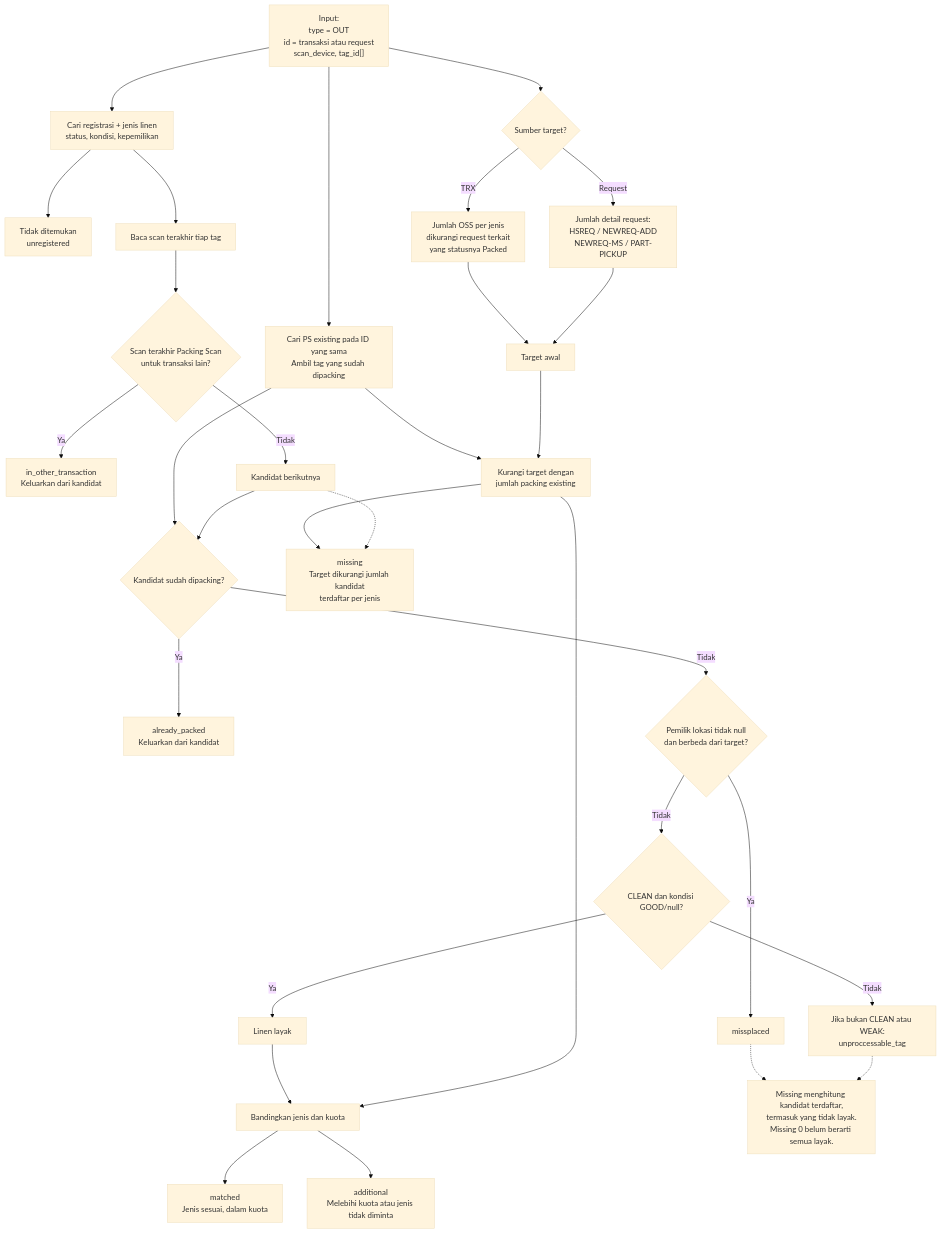
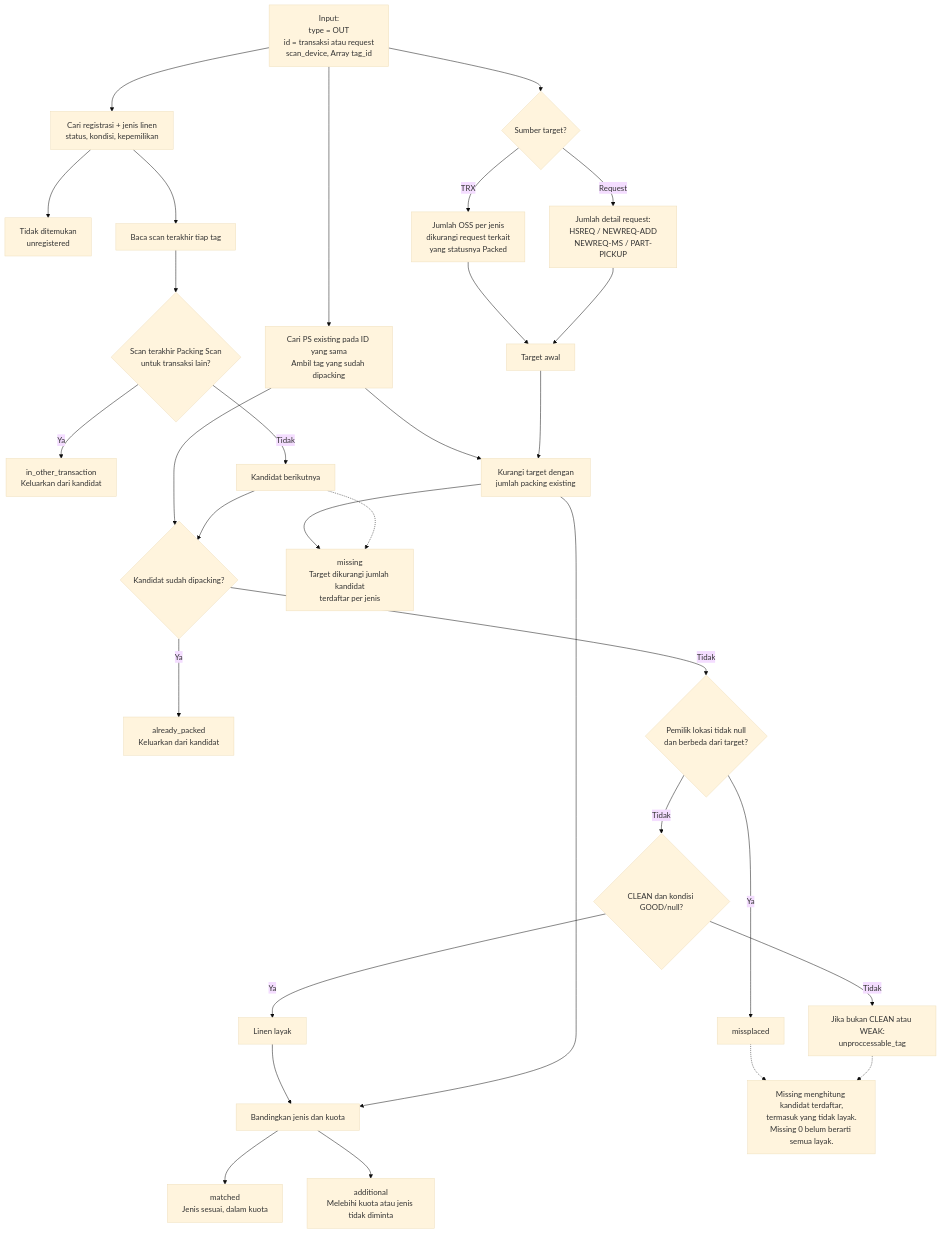
Before and after one commit to bagaskrmn/bac-flow-laundry: the first of 2 diagrams in laundry-activities/packing-scan.md, drawn with Mermaid (base theme). The commit also changed other lines of this file and 2 other files, not shown here.

Commit message:
ps, dpc, ic

````diff
--- a/laundry-activities/packing-scan.md
+++ b/laundry-activities/packing-scan.md
@@ -3,39 +3,39 @@
 ```mermaid
 flowchart TD
-    IN["Input:<br/>type = OUT<br/>id = transaksi atau request<br/>scan_device, tag_id[]"]
+    N_IN["Input:<br/>type = OUT<br/>id = transaksi atau request<br/>scan_device, Array tag_id"]
 
-    IN --> MASTER["Cari registrasi + jenis linen<br/>status, kondisi, kepemilikan"]
-    MASTER --> UNREG["Tidak ditemukan<br/>unregistered"]
-    MASTER --> LAST["Baca scan terakhir tiap tag"]
-    LAST --> OTHER{"Scan terakhir Packing Scan<br/>untuk transaksi lain?"}
-    OTHER -->|Ya| O["in_other_transaction<br/>Keluarkan dari kandidat"]
-    OTHER -->|Tidak| CAND["Kandidat berikutnya"]
+    N_IN --> N_MASTER["Cari registrasi + jenis linen<br/>status, kondisi, kepemilikan"]
+    N_MASTER --> N_UNREG["Tidak ditemukan<br/>unregistered"]
+    N_MASTER --> N_LAST["Baca scan terakhir tiap tag"]
+    N_LAST --> N_OTHER{"Scan terakhir Packing Scan<br/>untuk transaksi lain?"}
+    N_OTHER -->|Ya| N_O["in_other_transaction<br/>Keluarkan dari kandidat"]
+    N_OTHER -->|Tidak| N_CAND["Kandidat berikutnya"]
 
-    IN --> SOURCE{"Sumber target?"}
-    SOURCE -->|TRX| OSS["Jumlah OSS per jenis<br/>dikurangi request terkait<br/>yang statusnya Packed"]
-    SOURCE -->|Request| REQ["Jumlah detail request:<br/>HSREQ / NEWREQ-ADD<br/>NEWREQ-MS / PART-PICKUP"]
-    OSS --> TARGET["Target awal"]
-    REQ --> TARGET
+    N_IN --> N_SOURCE{"Sumber target?"}
+    N_SOURCE -->|TRX| N_OSS["Jumlah OSS per jenis<br/>dikurangi request terkait<br/>yang statusnya Packed"]
+    N_SOURCE -->|Request| N_REQ["Jumlah detail request:<br/>HSREQ / NEWREQ-ADD<br/>NEWREQ-MS / PART-PICKUP"]
+    N_OSS --> N_TARGET["Target awal"]
+    N_REQ --> N_TARGET
 
-    IN --> EXIST["Cari PS existing pada ID yang sama<br/>Ambil tag yang sudah dipacking"]
-    EXIST --> REDUCE["Kurangi target dengan<br/>jumlah packing existing"]
-    TARGET --> REDUCE
-    EXIST --> WAS{"Kandidat sudah dipacking?"}
-    CAND --> WAS
-    WAS -->|Ya| PACKED["already_packed<br/>Keluarkan dari kandidat"]
-    WAS -->|Tidak| OWNER{"Pemilik lokasi tidak null<br/>dan berbeda dari target?"}
-    OWNER -->|Ya| MISPLACE["missplaced"]
-    OWNER -->|Tidak| CLEAN{"CLEAN dan kondisi GOOD/null?"}
-    CLEAN -->|Ya| ELIGIBLE["Linen layak"]
-    CLEAN -->|Tidak| BAD["Jika bukan CLEAN atau WEAK:<br/>unproccessable_tag"]
+    N_IN --> N_EXIST["Cari PS existing pada ID yang sama<br/>Ambil tag yang sudah dipacking"]
+    N_EXIST --> N_REDUCE["Kurangi target dengan<br/>jumlah packing existing"]
+    N_TARGET --> N_REDUCE
+    N_EXIST --> N_WAS{"Kandidat sudah dipacking?"}
+    N_CAND --> N_WAS
+    N_WAS -->|Ya| N_PACKED["already_packed<br/>Keluarkan dari kandidat"]
+    N_WAS -->|Tidak| N_OWNER{"Pemilik lokasi tidak null<br/>dan berbeda dari target?"}
+    N_OWNER -->|Ya| N_MISPLACE["missplaced"]
+    N_OWNER -->|Tidak| N_CLEAN{"CLEAN dan kondisi GOOD/null?"}
+    N_CLEAN -->|Ya| N_ELIGIBLE["Linen layak"]
+    N_CLEAN -->|Tidak| N_BAD["Jika bukan CLEAN atau WEAK:<br/>unproccessable_tag"]
 
-    ELIGIBLE --> COMP["Bandingkan jenis dan kuota"]
-    REDUCE --> COMP
-    COMP --> MATCH["matched<br/>Jenis sesuai, dalam kuota"]
-    COMP --> ADD["additional<br/>Melebihi kuota atau jenis tidak diminta"]
+    N_ELIGIBLE --> N_COMP["Bandingkan jenis dan kuota"]
+    N_REDUCE --> N_COMP
+    N_COMP --> N_MATCH["matched<br/>Jenis sesuai, dalam kuota"]
+    N_COMP --> N_ADD["additional<br/>Melebihi kuota atau jenis tidak diminta"]
 
-    REDUCE --> MISS["missing<br/>Target dikurangi jumlah kandidat<br/>terdaftar per jenis"]
-    CAND -.-> MISS
-    MISPLACE -.-> NOTE["Missing menghitung kandidat terdaftar,<br/>termasuk yang tidak layak.<br/>Missing 0 belum berarti semua layak."]
-    BAD -.-> NOTE
+    N_REDUCE --> N_MISS["missing<br/>Target dikurangi jumlah kandidat<br/>terdaftar per jenis"]
+    N_CAND -.-> N_MISS
+    N_MISPLACE -.-> N_NOTE["Missing menghitung kandidat terdaftar,<br/>termasuk yang tidak layak.<br/>Missing 0 belum berarti semua layak."]
+    N_BAD -.-> N_NOTE
 ```
````
